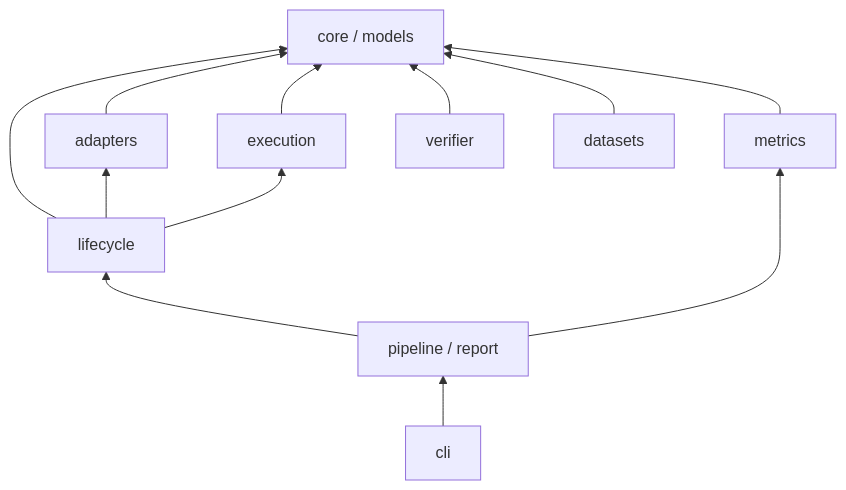
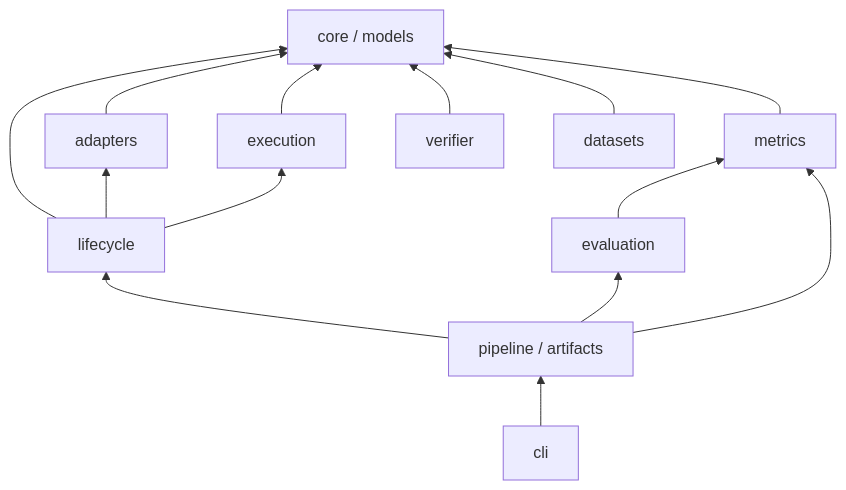
Before and after one commit to Postroggy/dumemeval: the second of 2 diagrams in GOVERNANCE.md, drawn with Mermaid. The commit also changed other lines of this file and 75 other files, not shown here.

````diff
--- a/GOVERNANCE.md
+++ b/GOVERNANCE.md
@@ -44,14 +45,16 @@
 ```mermaid
 flowchart BT
-    CLI["cli"] --> PIPE["pipeline / report"]
+    CLI["cli"] --> PIPE["pipeline / artifacts"]
     PIPE --> LIFE["lifecycle"]
+    PIPE --> EVAL["evaluation"]
     LIFE --> ADP["adapters"]
     LIFE --> EXE["execution"]
     LIFE --> CORE["core / models"]
     ADP --> CORE
     EXE --> CORE
     VER["verifier"] --> CORE
     DS["datasets"] --> CORE
     MET["metrics"] --> CORE
+    EVAL --> MET
     PIPE --> MET
 ```
````
